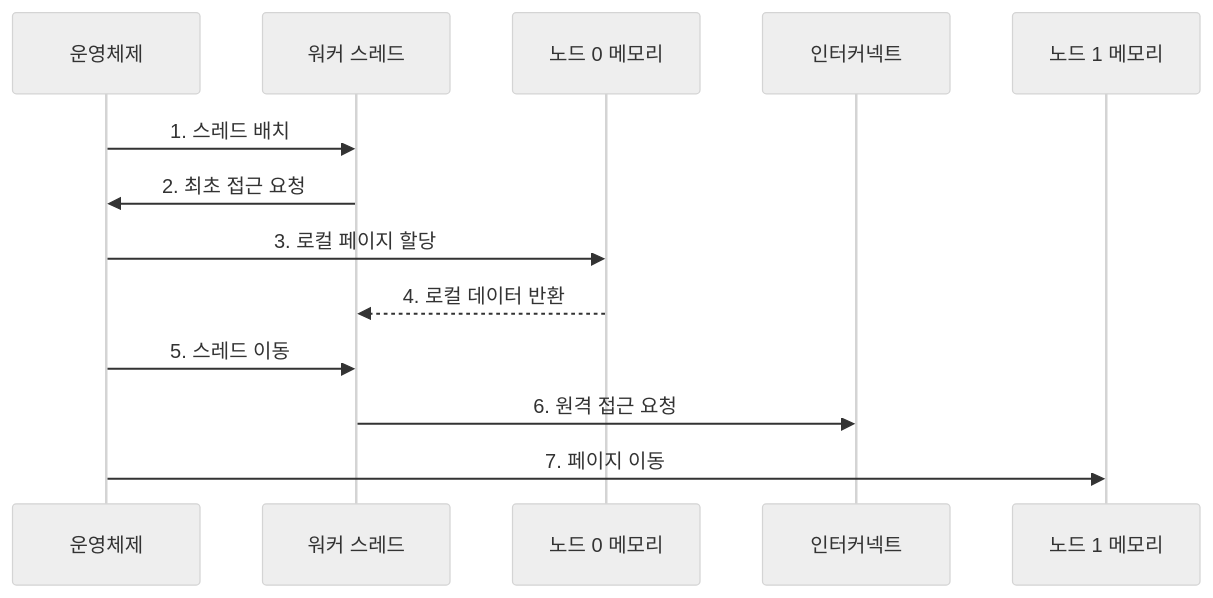
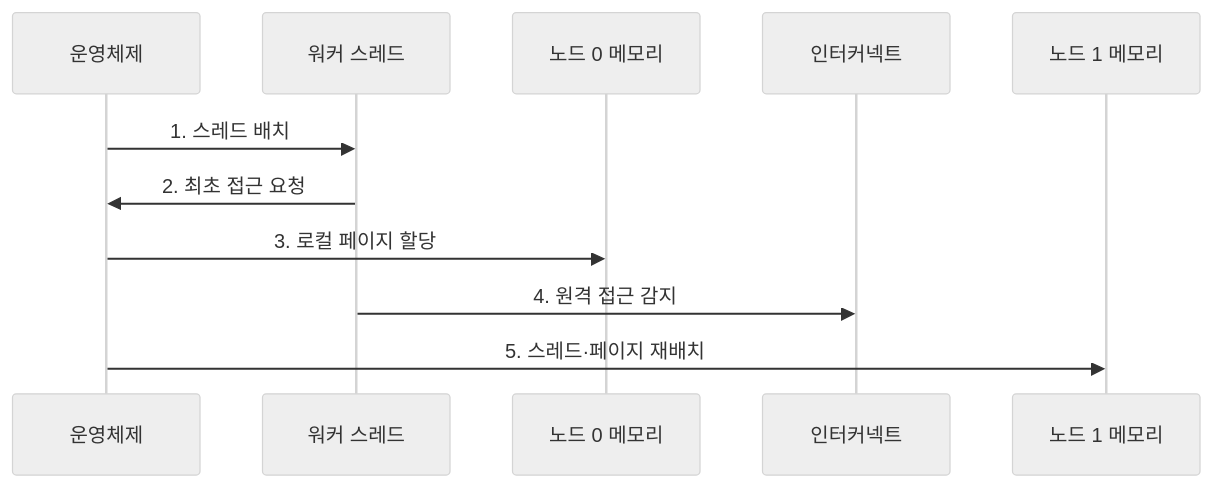
One commit to agnusdei1207/knowledge-base changed the second of 2 diagrams in src/content/docs/notes/02-hardware/093_multi_socket_server_smp.md. Above: the diagram before and after it, drawn with Mermaid (neutral theme). The commit also changed other lines of this file and 86 other files, not shown here.

````diff
--- a/src/content/docs/notes/02-hardware/093_multi_socket_server_smp.md
+++ b/src/content/docs/notes/02-hardware/093_multi_socket_server_smp.md
@@ -87,15 +89,13 @@
 ```mermaid
 sequenceDiagram
     participant O as 운영체제
     participant T as 워커 스레드
     participant M0 as 노드 0 메모리
     participant I as 인터커넥트
     participant M1 as 노드 1 메모리
     O->>T: 1. 스레드 배치
     T->>O: 2. 최초 접근 요청
     O->>M0: 3. 로컬 페이지 할당
-    M0-->>T: 4. 로컬 데이터 반환
-    O->>T: 5. 스레드 이동
-    T->>I: 6. 원격 접근 요청
-    O->>M1: 7. 페이지 이동
+    T->>I: 4. 원격 접근 감지
+    O->>M1: 5. 스레드·페이지 재배치
 ```
````
